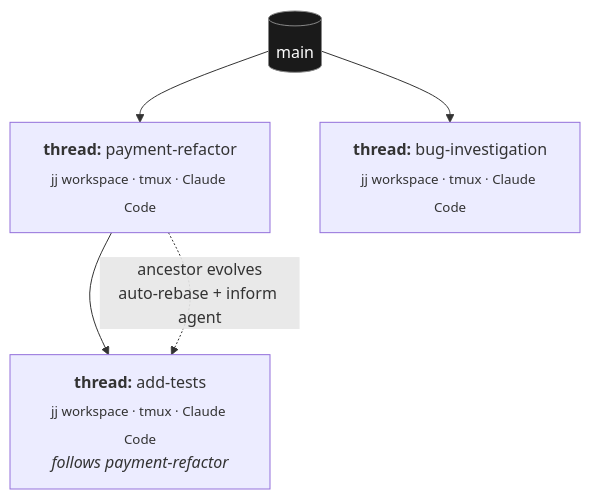
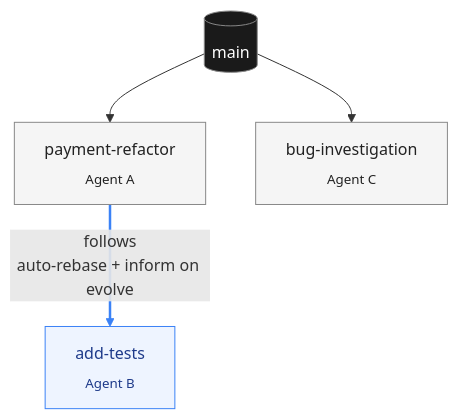
Before and after one commit to skeswa/kiki: the first of 3 diagrams in README.md, drawn with Mermaid. The commit also changed other lines of this file, not shown here.

First paragraph of the commit message:
Polish README opening, hero diagram, and cascade walkthrough
Three editorial passes on the README, addressing weaknesses surfaced
while reading it cold for compellingness and grokability.

````diff
--- a/README.md
+++ b/README.md
@@ -26,16 +26,17 @@
 ```mermaid
 graph TD
     main[("main")]:::trunk
 
-    A["<b>thread:</b> payment-refactor<br/><sub>jj workspace · tmux · Claude Code</sub>"]
-    B["<b>thread:</b> add-tests<br/><sub>jj workspace · tmux · Claude Code</sub><br/><i>follows payment-refactor</i>"]
-    C["<b>thread:</b> bug-investigation<br/><sub>jj workspace · tmux · Claude Code</sub>"]
+    A["payment-refactor<br/><sub>Agent A</sub>"]:::thread
+    C["bug-investigation<br/><sub>Agent C</sub>"]:::thread
+    B["add-tests<br/><sub>Agent B</sub>"]:::affected
 
     main --> A
     main --> C
-    A --> B
-
-    A -. ancestor evolves<br/>auto-rebase + inform agent .-> B
+    A ==>|"follows<br/>auto-rebase + inform on evolve"| B
 
     classDef trunk fill:#1a1a1a,stroke:#888,color:#fff
+    classDef thread fill:#f5f5f5,stroke:#888,color:#222
+    classDef affected fill:#eef4ff,stroke:#3b82f6,color:#1e3a8a
+    linkStyle 2 stroke:#3b82f6,stroke-width:2.5px
 ```
````
